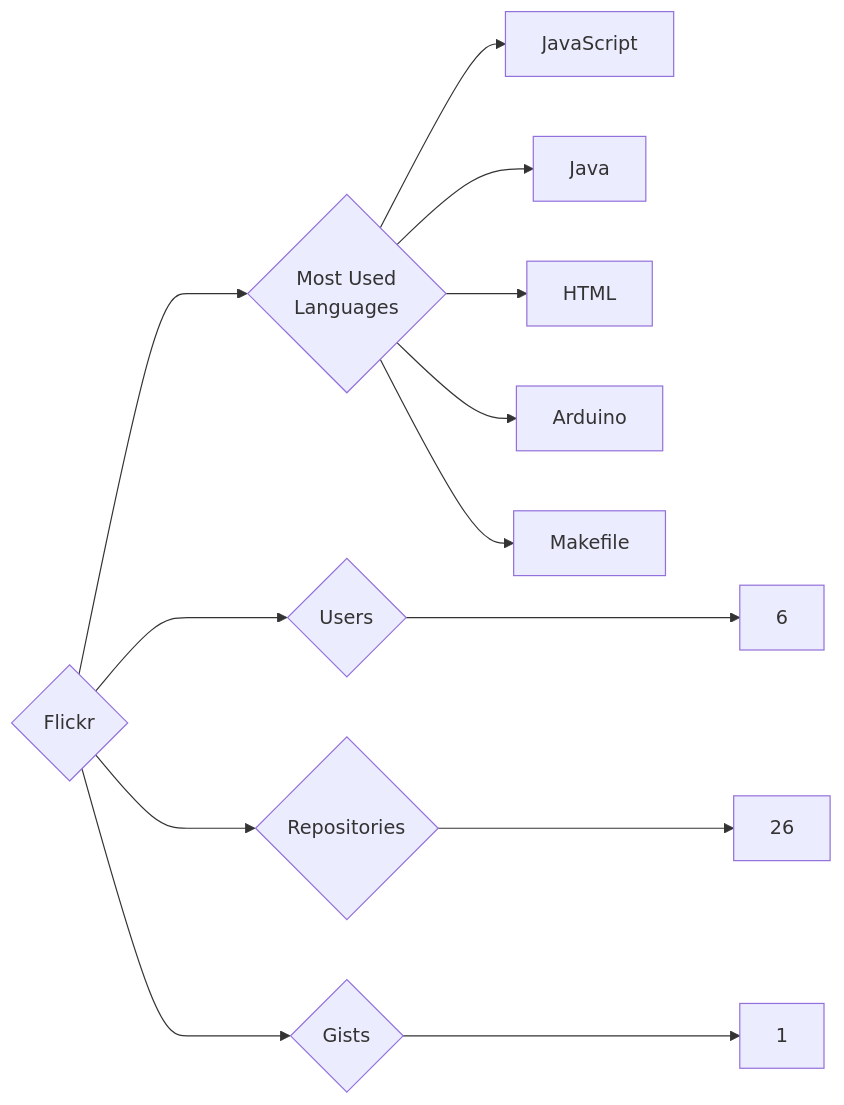
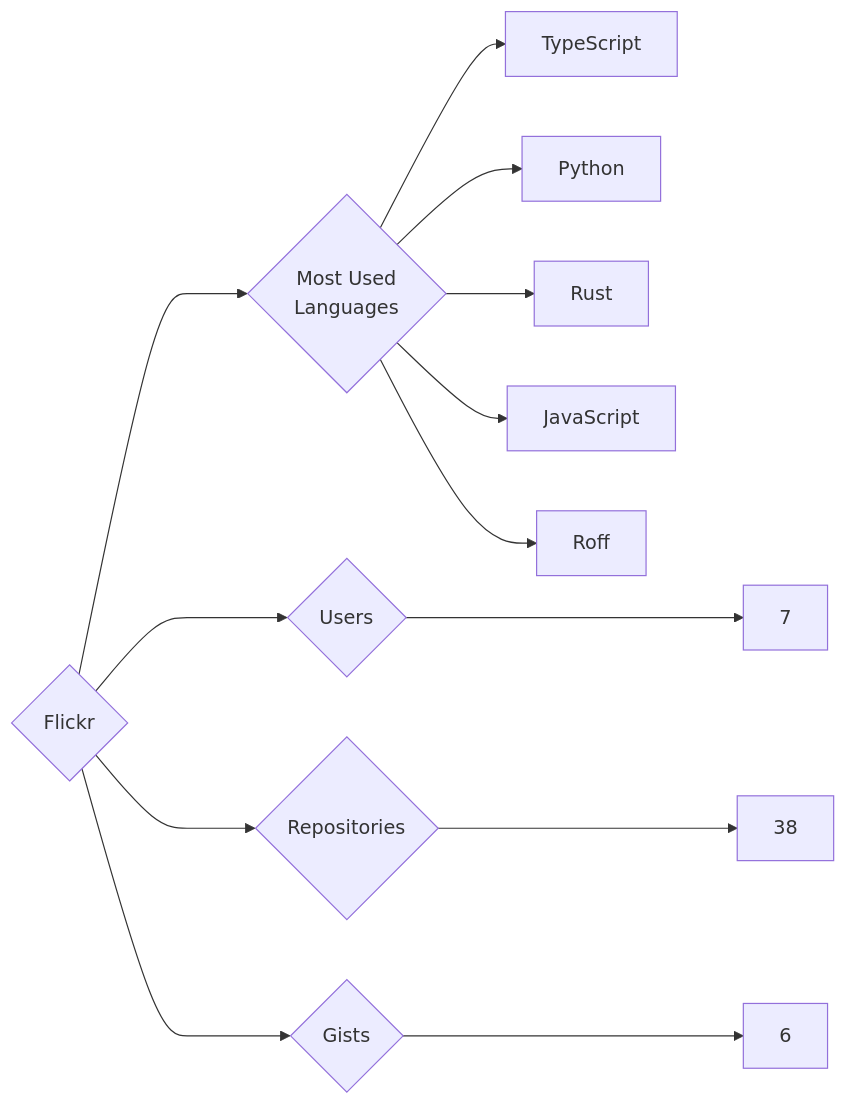
The diagram in targets/Flickr/README.md (trickest/insiders), drawn with Mermaid before and after one commit. The commit also changed 611 other files, not shown here.

````diff
--- a/targets/Flickr/README.md
+++ b/targets/Flickr/README.md
@@ -3,13 +3,13 @@
 ```mermaid
 graph LR
 COMPANY_NAME{Flickr}
-COMPANY_NAME ---> U{Users} ---> UN[6]
-COMPANY_NAME ---> R{Repositories} ---> RN[26]
-COMPANY_NAME ---> G{Gists} ---> GN[1]
+COMPANY_NAME ---> U{Users} ---> UN[7]
+COMPANY_NAME ---> R{Repositories} ---> RN[38]
+COMPANY_NAME ---> G{Gists} ---> GN[6]
 COMPANY_NAME ---> ML{Most Used<br>Languages}
+ML --> TypeScript[TypeScript]
+ML --> Python[Python]
+ML --> Rust[Rust]
 ML --> JavaScript[JavaScript]
-ML --> Java[Java]
-ML --> HTML[HTML]
-ML --> Arduino[Arduino]
-ML --> Makefile[Makefile]
+ML --> Roff[Roff]
 ```
````
